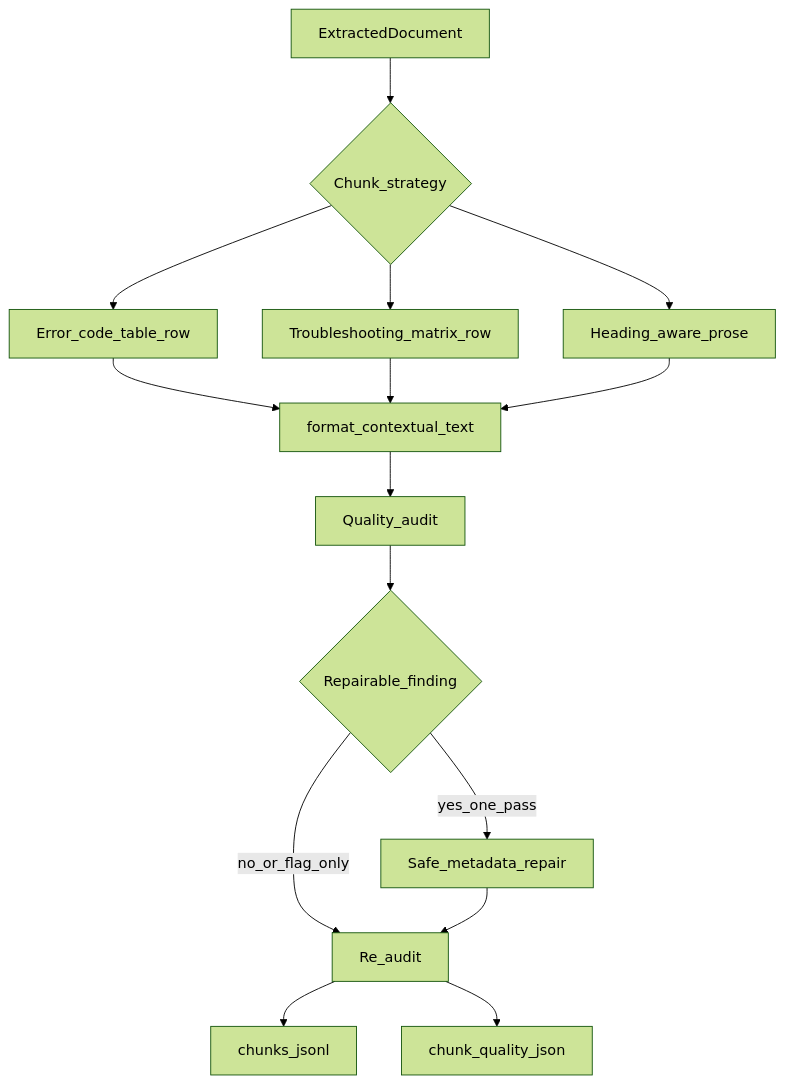
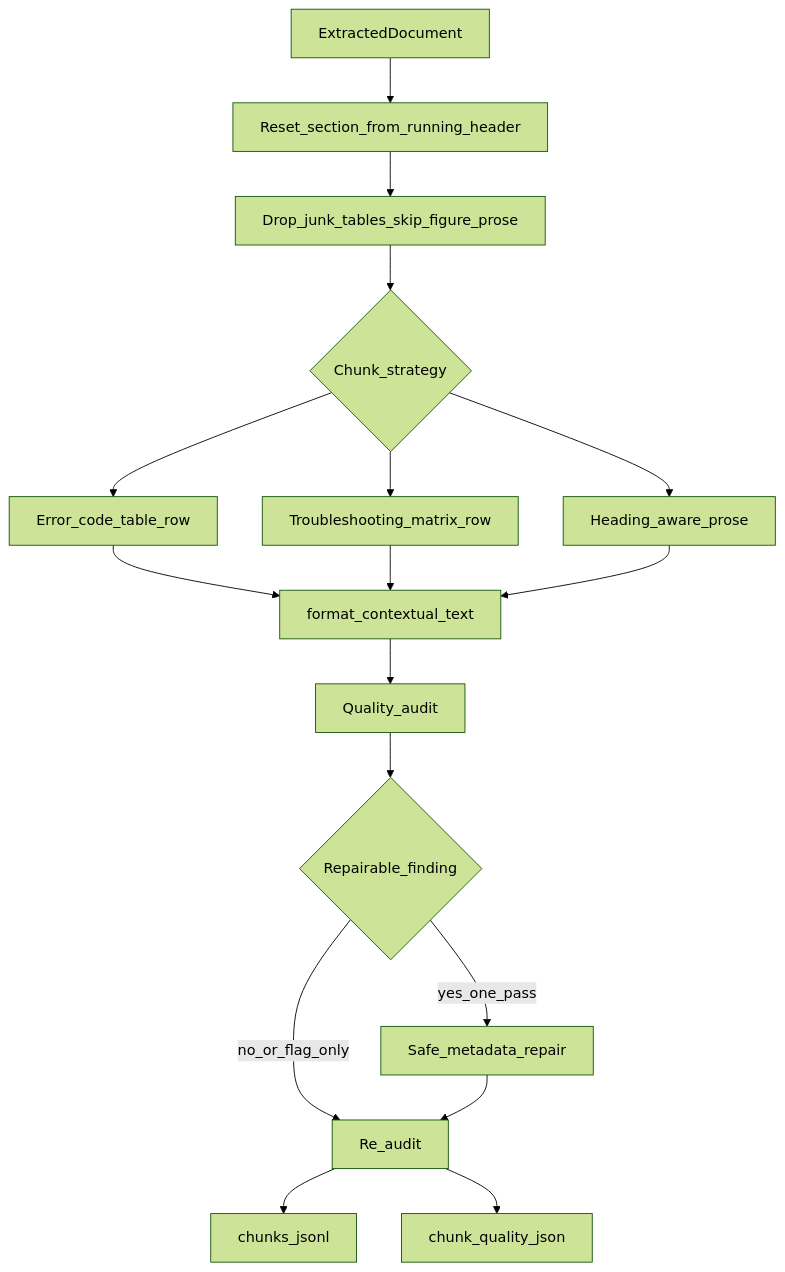
The third of 3 diagrams in docs/architecture/03-offline-ingest.md (raghuram-chittibomma/ai-repair-assistant), drawn with Mermaid (forest theme) before and after one commit. The commit also changed other lines of this file and 17 other files, not shown here.

Commit message:
Classify TOC, schematic, and photo-access pages so artwork grids are not indexed as tables.

````diff
--- a/docs/architecture/03-offline-ingest.md
+++ b/docs/architecture/03-offline-ingest.md
@@ -86,30 +91,34 @@
 ```mermaid
 flowchart TD
   doc[ExtractedDocument]
+  banner[Reset_section_from_running_header]
+  filter[Drop_junk_tables_skip_figure_prose]
   split{Chunk_strategy}
   errorRow[Error_code_table_row]
   matrixRow[Troubleshooting_matrix_row]
   proseChunk[Heading_aware_prose]
   enrich[format_contextual_text]
   audit1[Quality_audit]
   repair{Repairable_finding}
   applyRepair[Safe_metadata_repair]
   audit2[Re_audit]
   out[chunks_jsonl]
   report[chunk_quality_json]
 
-  doc --> split
+  doc --> banner
+  banner --> filter
+  filter --> split
   split --> errorRow
   split --> matrixRow
   split --> proseChunk
   errorRow --> enrich
   matrixRow --> enrich
   proseChunk --> enrich
   enrich --> audit1
   audit1 --> repair
   repair -->|yes_one_pass| applyRepair
   repair -->|no_or_flag_only| audit2
   applyRepair --> audit2
   audit2 --> out
   audit2 --> report
 ```
````
